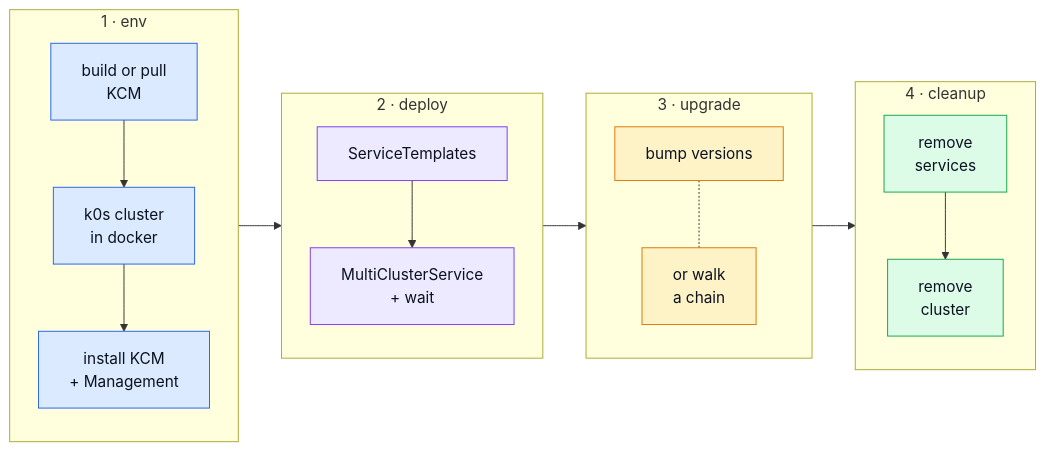
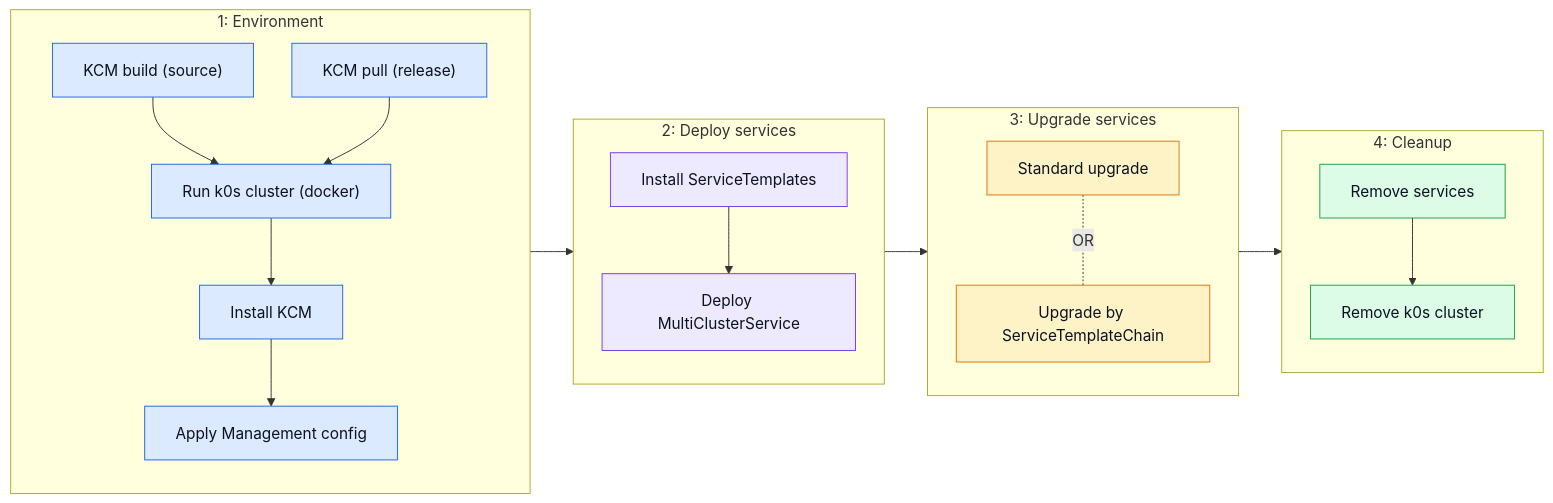
The first of 2 diagrams in README.md (josef-hak/k0rdent-ksm-tests), drawn with Mermaid before and after one commit.

Commit message:
docs: name the phases and steps after what actually runs

````diff
--- a/README.md
+++ b/README.md
@@ -20,35 +20,42 @@
 ```mermaid
 %%{init: {'flowchart': {'padding': 16, 'nodeSpacing': 40, 'rankSpacing': 45}}}%%
 flowchart LR
-    subgraph P1["1 · env"]
+    subgraph P1["1: Environment"]
         direction TB
-        E1["build or pull<br/>KCM"] --> E2["k0s cluster<br/>in docker"] --> E3["install KCM<br/>+ Management"]
+        E1["KCM build (source)"]
+        E2["KCM pull (release)"]
+        E3["Run k0s cluster (docker)"]
+        E4["Install KCM"]
+        E5["Apply Management config"]
+        E1 --> E3
+        E2 --> E3
+        E3 --> E4 --> E5
     end
 
-    subgraph P2["2 · deploy"]
+    subgraph P2["2: Deploy services"]
         direction TB
-        D1["ServiceTemplates"] --> D2["MultiClusterService<br/>+ wait"]
+        D1["Install ServiceTemplates"] --> D2["Deploy MultiClusterService"]
     end
 
-    subgraph P3["3 · upgrade"]
+    subgraph P3["3: Upgrade services"]
         direction TB
-        U1["bump versions"] -.- U2["or walk<br/>a chain"]
+        U1["Standard upgrade"] -. "OR" .- U2["Upgrade by ServiceTemplateChain"]
     end
 
-    subgraph P4["4 · cleanup"]
+    subgraph P4["4: Cleanup"]
         direction TB
-        C1["remove<br/>services"] --> C2["remove<br/>cluster"]
+        C1["Remove services"] --> C2["Remove k0s cluster"]
     end
 
     P1 --> P2 --> P3 --> P4
 
     classDef env fill:#dbeafe,stroke:#2563eb,color:#0b1220
     classDef dep fill:#ede9fe,stroke:#7c3aed,color:#0b1220
     classDef upg fill:#fef3c7,stroke:#d97706,color:#0b1220
     classDef out fill:#dcfce7,stroke:#16a34a,color:#0b1220
 
-    class E1,E2,E3 env
+    class E1,E2,E3,E4,E5 env
     class D1,D2 dep
     class U1,U2 upg
     class C1,C2 out
 ```
````
